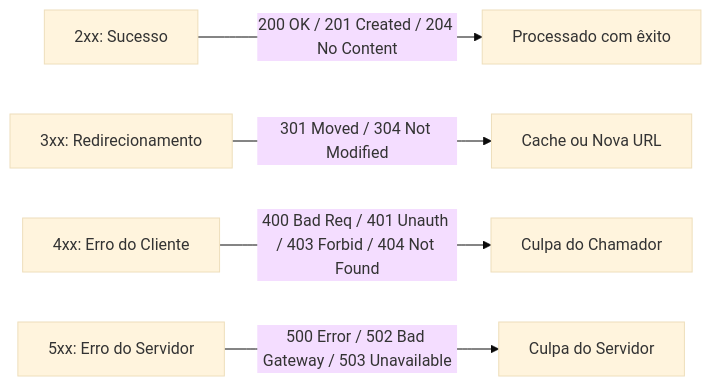
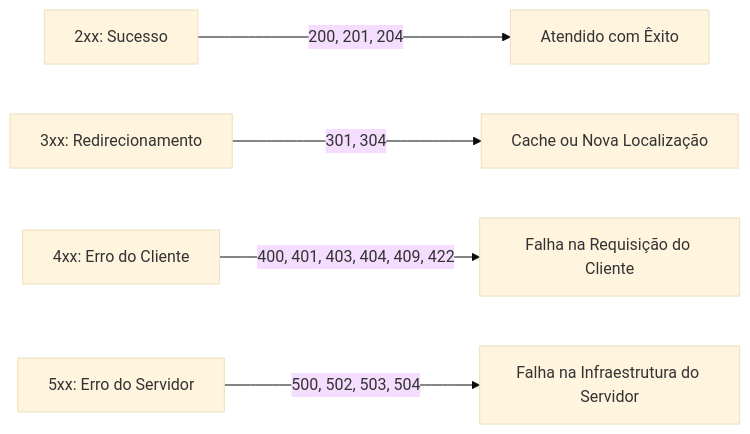
The second of 4 diagrams in fontes_de_estudo/conhecimentos_especificos_b02_ti/05_desenvolvimento_de_sistemas/04_apis_restful_graphql_websockets_documentacao.md (thiagosantos346/TCE-GO-2027), drawn with Mermaid (base theme) before and after one commit. The commit also changed other lines of this file and 119 other files, not shown here.

````diff
--- a/fontes_de_estudo/conhecimentos_especificos_b02_ti/05_desenvolvimento_de_sistemas/04_apis_restful_graphql_websockets_documentacao.md
+++ b/fontes_de_estudo/conhecimentos_especificos_b02_ti/05_desenvolvimento_de_sistemas/04_apis_restful_graphql_websockets_documentacao.md
@@ -131,11 +110,11 @@
 ```mermaid
 flowchart LR
     S2["2xx: Sucesso"]
     S3["3xx: Redirecionamento"]
     S4["4xx: Erro do Cliente"]
     S5["5xx: Erro do Servidor"]
-    S2 -->|"200 OK / 201 Created / 204 No Content"| R2["Processado com êxito"]
-    S3 -->|"301 Moved / 304 Not Modified"| R3["Cache ou Nova URL"]
-    S4 -->|"400 Bad Req / 401 Unauth / 403 Forbid / 404 Not Found"| R4["Culpa do Chamador"]
-    S5 -->|"500 Error / 502 Bad Gateway / 503 Unavailable"| R5["Culpa do Servidor"]
+    S2 -->|"200, 201, 204"| R2["Atendido com Êxito"]
+    S3 -->|"301, 304"| R3["Cache ou Nova Localização"]
+    S4 -->|"400, 401, 403, 404, 409, 422"| R4["Falha na Requisição do Cliente"]
+    S5 -->|"500, 502, 503, 504"| R5["Falha na Infraestrutura do Servidor"]
 ```
````
